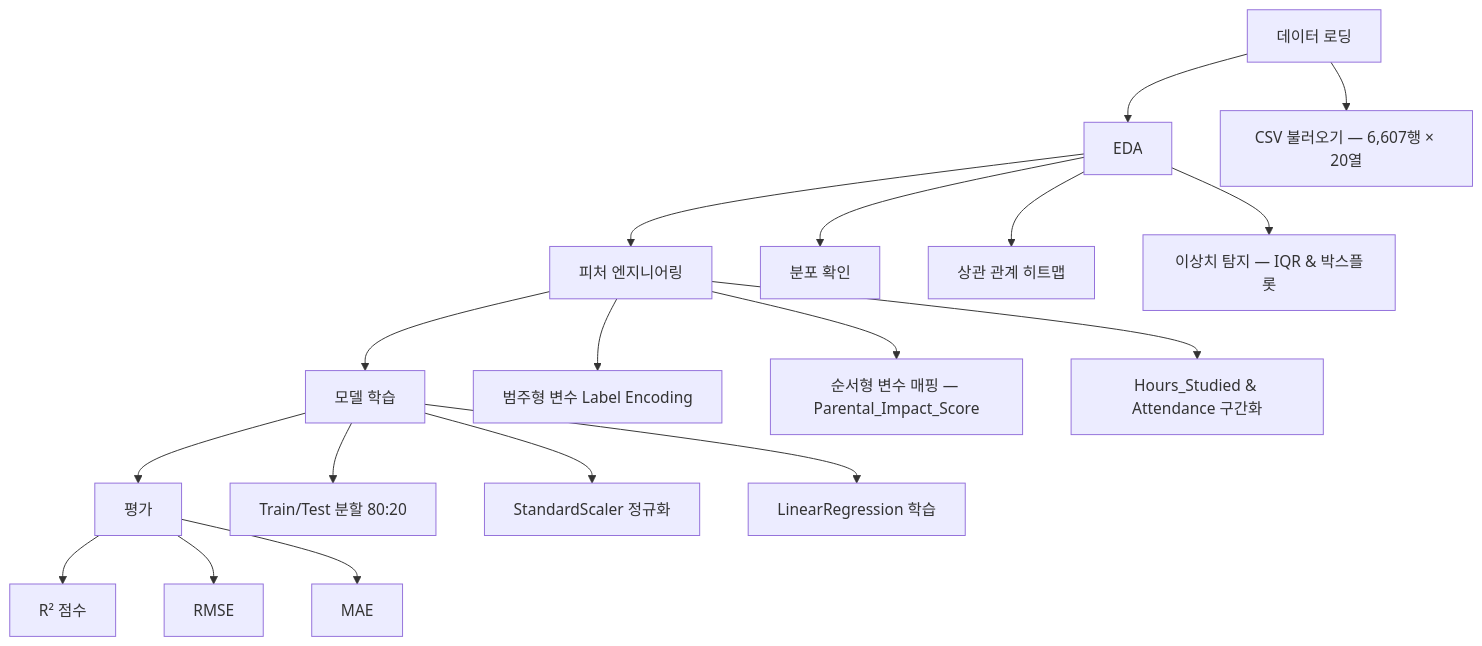
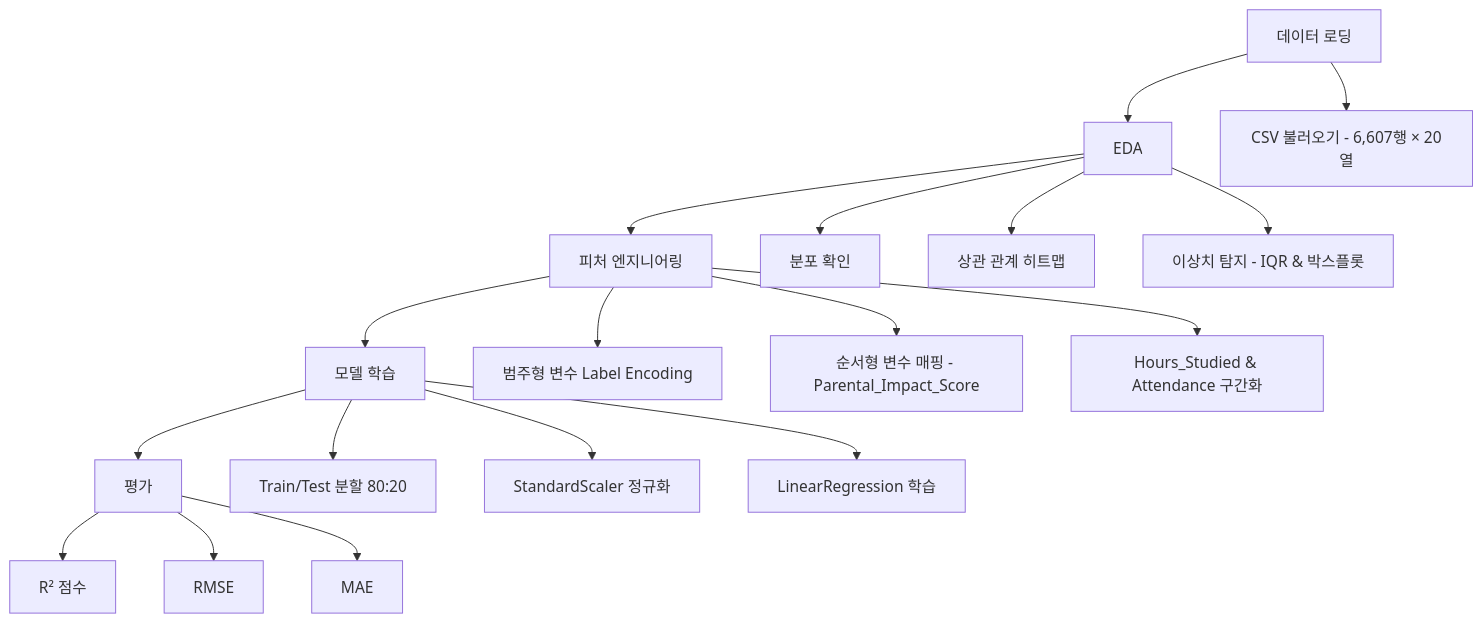
One commit to vosnuev/score-prediction-analysis changed the diagram in README.md. Above: the diagram before and after it, drawn with Mermaid. The commit also changed other lines of this file, not shown here.

````diff
--- a/README.md
+++ b/README.md
@@ -65,21 +65,21 @@
 ```mermaid
 flowchart TD
     A[데이터 로딩] --> B[EDA]
     B --> C[피처 엔지니어링]
     C --> D[모델 학습]
     D --> E[평가]
 
-    A --> A1["CSV 불러오기 — 6,607행 × 20열"]
+    A --> A1["CSV 불러오기 - 6,607행 × 20열"]
     B --> B1[분포 확인]
     B --> B2[상관 관계 히트맵]
-    B --> B3["이상치 탐지 — IQR & 박스플롯"]
+    B --> B3["이상치 탐지 - IQR & 박스플롯"]
     C --> C1[범주형 변수 Label Encoding]
-    C --> C2["순서형 변수 매핑 — Parental_Impact_Score"]
+    C --> C2["순서형 변수 매핑 - Parental_Impact_Score"]
     C --> C3["Hours_Studied & Attendance 구간화"]
     D --> D1["Train/Test 분할 80:20"]
     D --> D2[StandardScaler 정규화]
     D --> D3[LinearRegression 학습]
     E --> E1[R² 점수]
     E --> E2[RMSE]
     E --> E3[MAE]
 ```
````
